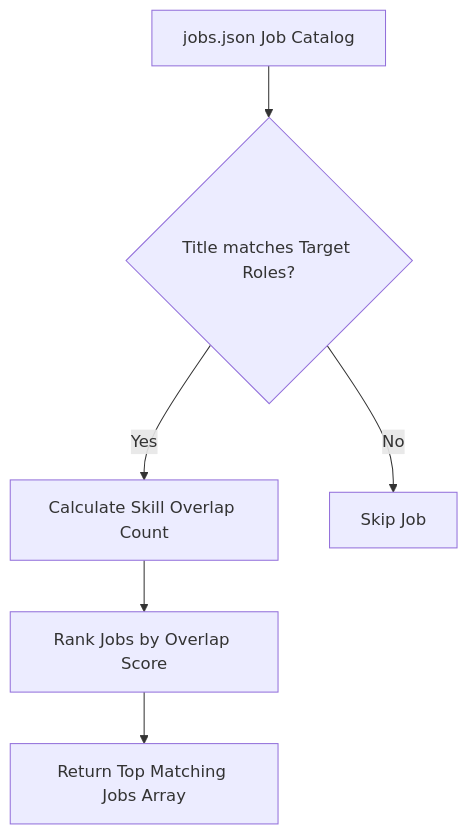
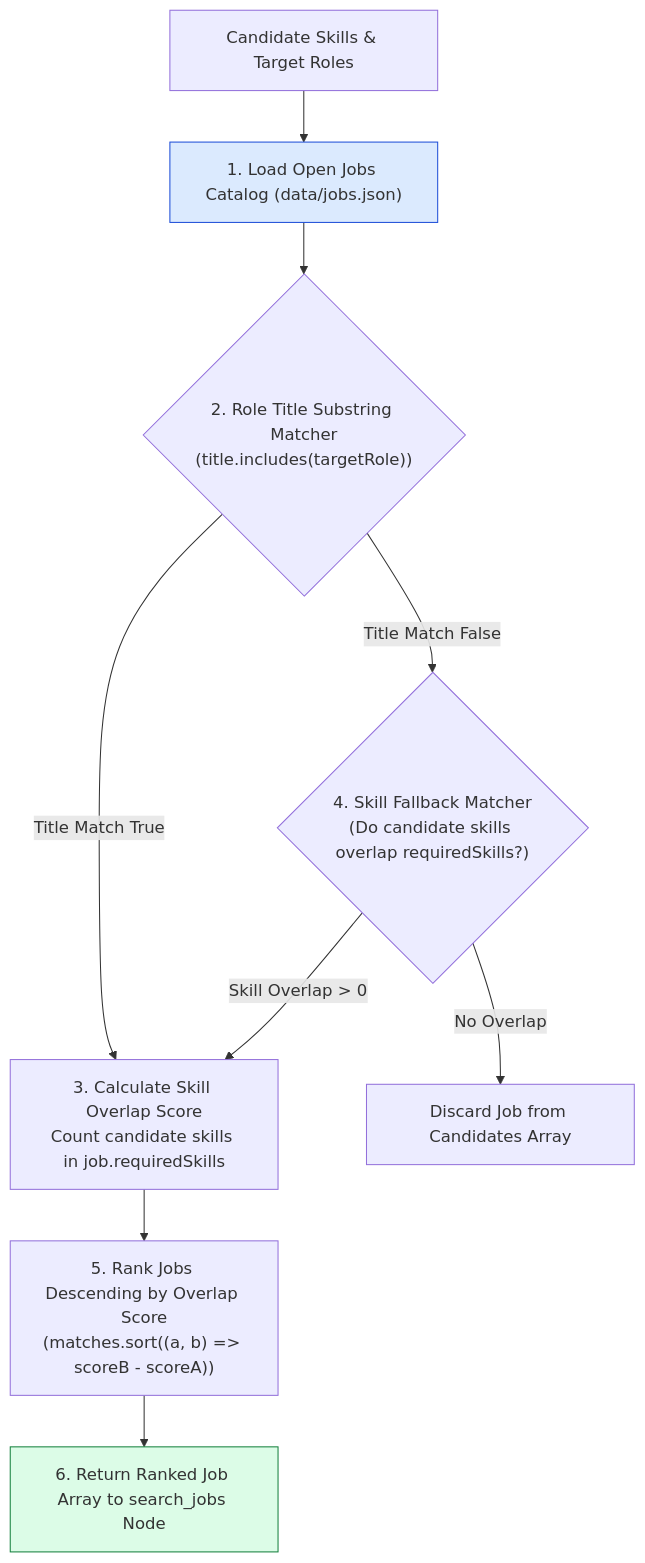
Before and after one commit to Amie-dev/engineering-playbook: the first of 3 diagrams in agentic-ai-notes/05-karigar-flow/06-job-search-tool.md, drawn with Mermaid. The commit also changed other lines of this file and 12 other files, not shown here.

First line of the commit message:
Refactor Karigar Flow Modules: Enhance Email Drafter, Tracer, Cost Tracker, LangSmith Integration, and Main Runner

````diff
--- a/agentic-ai-notes/05-karigar-flow/06-job-search-tool.md
+++ b/agentic-ai-notes/05-karigar-flow/06-job-search-tool.md
@@ -10,8 +13,21 @@
 ```mermaid
 flowchart TD
-    Catalog[jobs.json Job Catalog] --> FilterRole{Title matches Target Roles?}
-    FilterRole -- Yes --> CalcOverlap[Calculate Skill Overlap Count]
-    FilterRole -- No --> Skip[Skip Job]
-    CalcOverlap --> Rank[Rank Jobs by Overlap Score]
-    Rank --> Matches[Return Top Matching Jobs Array]
+    CandidateInput[Candidate Skills & Target Roles] --> CatalogLoad["1. Load Open Jobs Catalog (data/jobs.json)"]
+
+    CatalogLoad --> TitleFilter{"2. Role Title Substring Matcher<br/>(title.includes(targetRole))"}
+
+    TitleFilter -- "Title Match True" --> SkillOverlap["3. Calculate Skill Overlap Score<br/>Count candidate skills in job.requiredSkills"]
+
+    TitleFilter -- "Title Match False" --> SkillFallback{"4. Skill Fallback Matcher<br/>(Do candidate skills overlap requiredSkills?)"}
+
+    SkillFallback -- "Skill Overlap > 0" --> SkillOverlap
+
+    SkillFallback -- "No Overlap" --> RejectJob[Discard Job from Candidates Array]
+
+    SkillOverlap --> RankSort["5. Rank Jobs Descending by Overlap Score<br/>(matches.sort((a, b) => scoreB - scoreA))"]
+
+    RankSort --> ReturnMatches[6. Return Ranked Job Array to search_jobs Node]
+
+    style CatalogLoad fill:#dbeafe,stroke:#1d4ed8
+    style ReturnMatches fill:#dcfce7,stroke:#15803d
 ```
````
